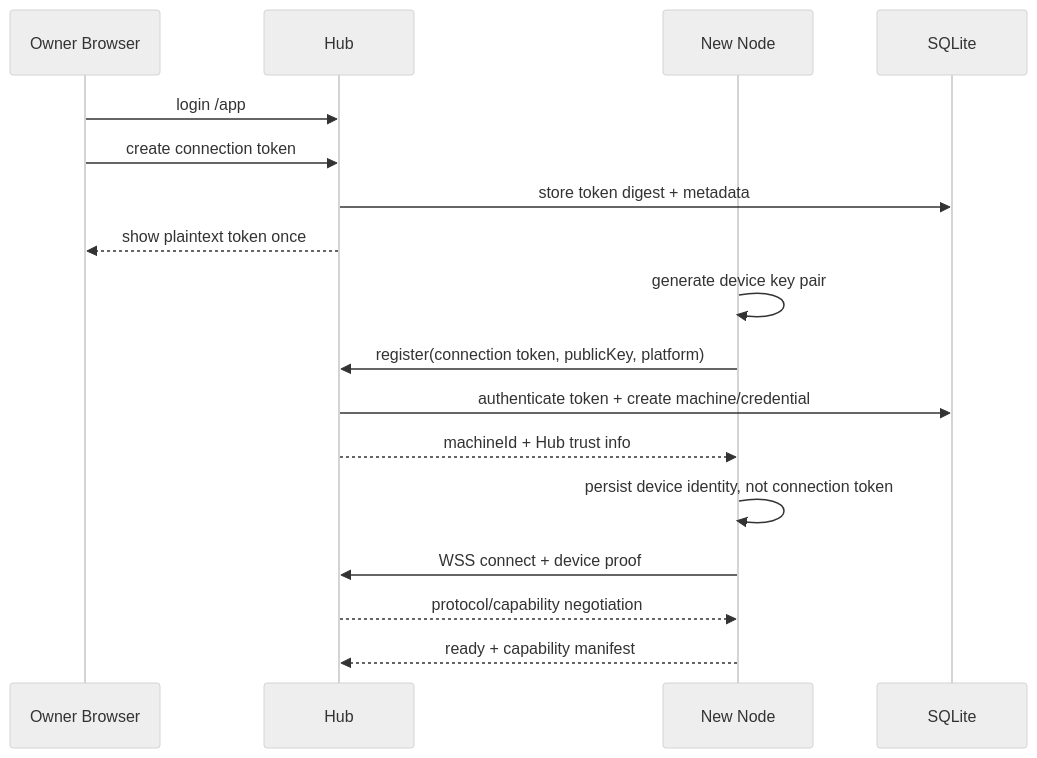
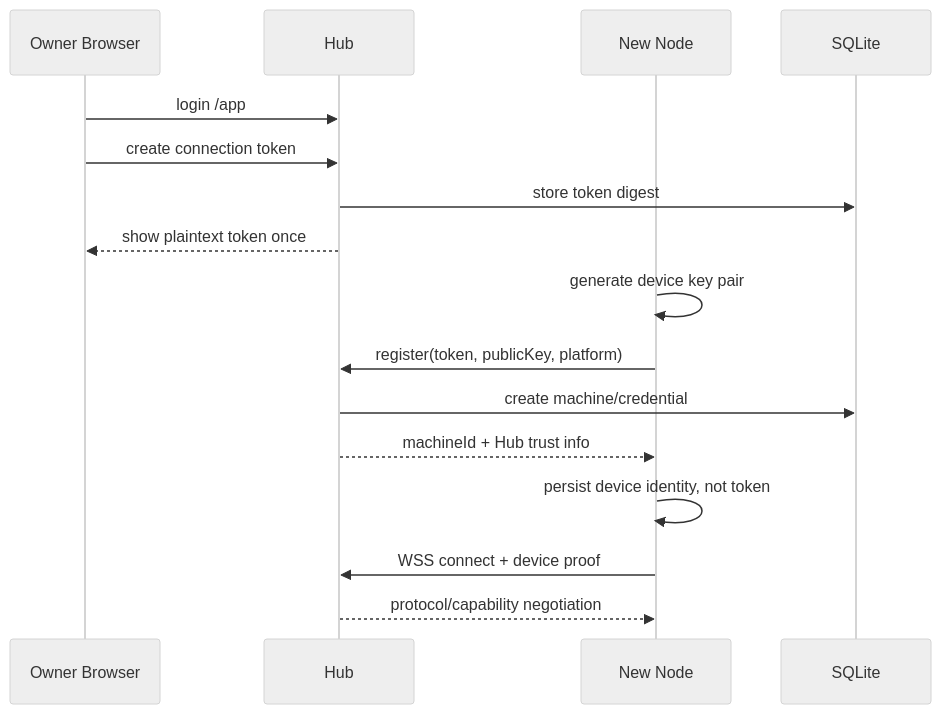
Before and after one commit to isguang2024/fast-spider: the diagram in docs/03-hub-design.md, drawn with Mermaid (neutral theme). The commit also changed other lines of this file and 74 other files, not shown here.

````diff
--- a/docs/03-hub-design.md
+++ b/docs/03-hub-design.md
@@ -56,20 +46,19 @@
 ```mermaid
 sequenceDiagram
     participant U as Owner Browser
     participant H as Hub
     participant N as New Node
     participant DB as SQLite
 
     U->>H: login /app
     U->>H: create connection token
-    H->>DB: store token digest + metadata
+    H->>DB: store token digest
     H-->>U: show plaintext token once
     N->>N: generate device key pair
-    N->>H: register(connection token, publicKey, platform)
-    H->>DB: authenticate token + create machine/credential
+    N->>H: register(token, publicKey, platform)
+    H->>DB: create machine/credential
     H-->>N: machineId + Hub trust info
-    N->>N: persist device identity, not connection token
+    N->>N: persist device identity, not token
     N->>H: WSS connect + device proof
     H-->>N: protocol/capability negotiation
-    N-->>H: ready + capability manifest
 ```
````
